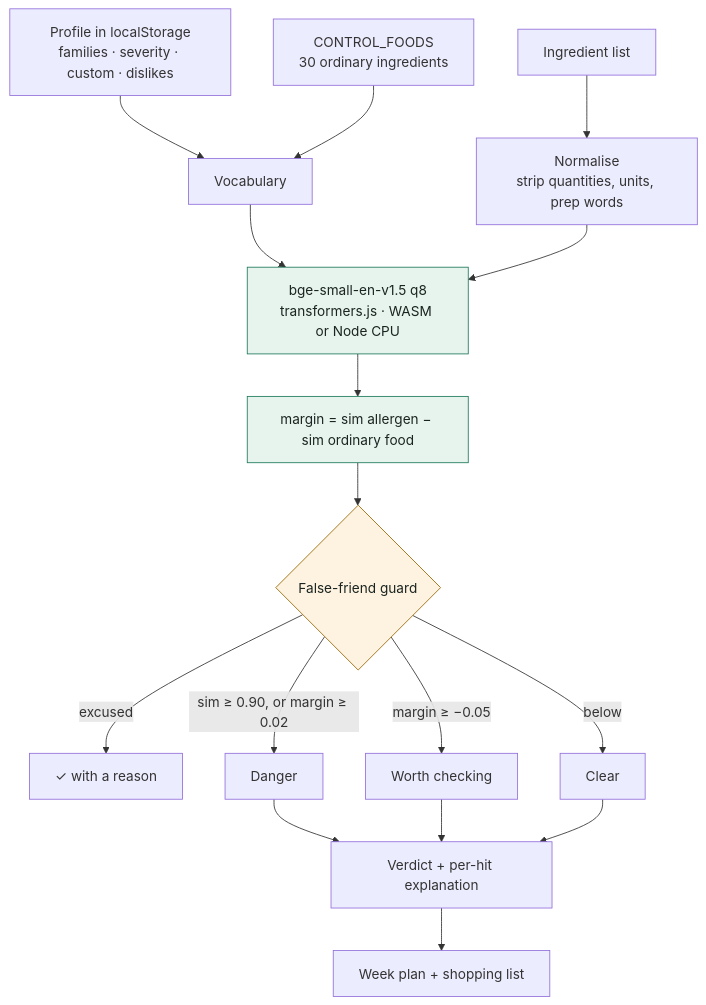
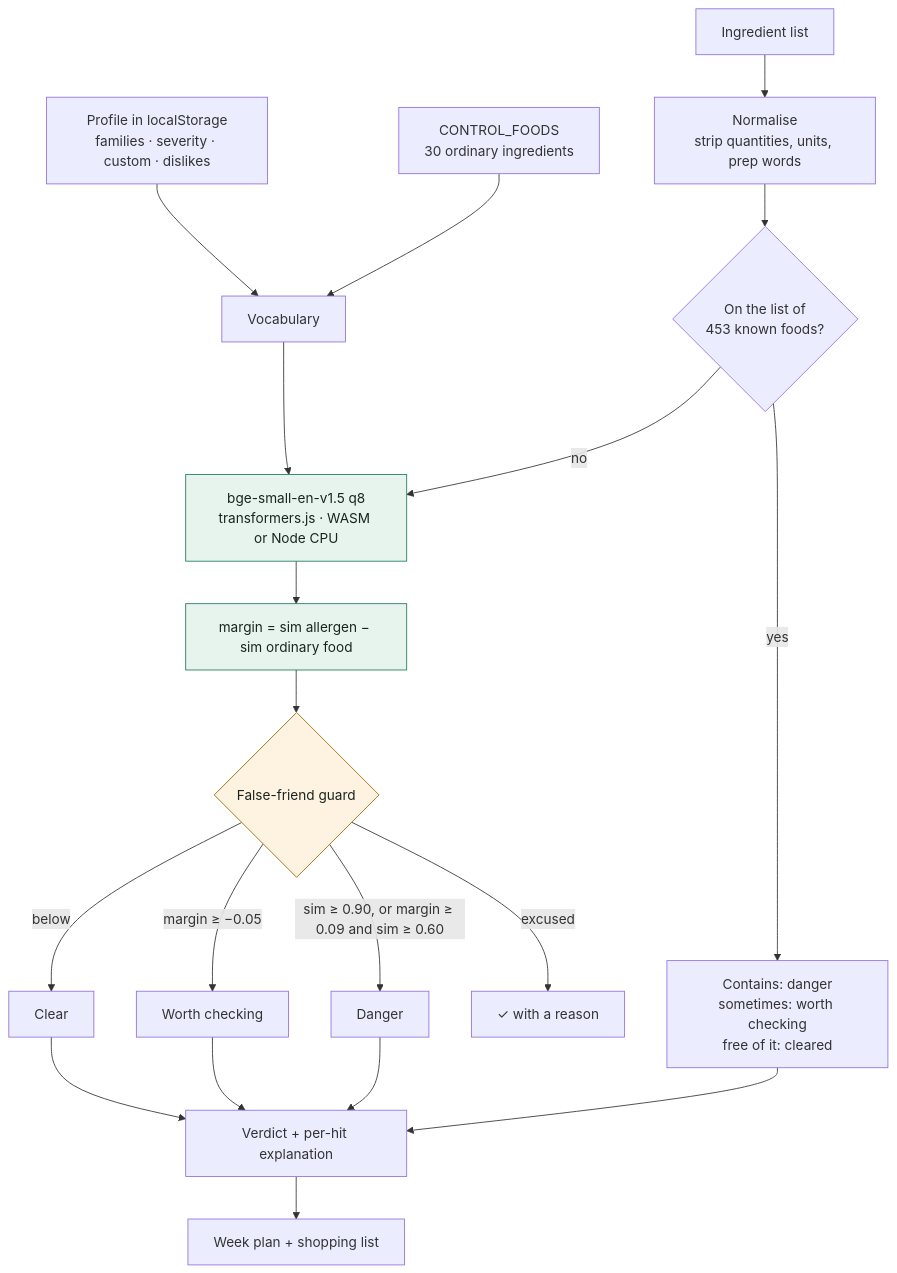
Before and after one commit to VanshajPoonia/safeplate: the diagram in README.md, drawn with Mermaid. The commit also changed other lines of this file and 1 other file, not shown here.

First line of the commit message:
Describe the food list and its numbers in the README and API docs

````diff
--- a/README.md
+++ b/README.md
@@ -115,20 +124,22 @@
 ```mermaid
 flowchart TB
   P[Profile in localStorage<br/>families · severity · custom · dislikes] --> W[Vocabulary]
   C[CONTROL_FOODS<br/>30 ordinary ingredients] --> W
   I[Ingredient list] --> N[Normalise<br/>strip quantities, units, prep words]
+  N --> L{On the list of<br/>453 known foods?}
+  L -->|yes| KF[Contains: danger<br/>sometimes: worth checking<br/>free of it: cleared]
+  L -->|no| E
   W --> E[bge-small-en-v1.5 q8<br/>transformers.js · WASM or Node CPU]
-  N --> E
   E --> M[margin = sim allergen − sim ordinary food]
   M --> G{False-friend guard}
   G -->|excused| X[✓ with a reason]
-  G -->|sim ≥ 0.90, or margin ≥ 0.02| D[Danger]
+  G -->|sim ≥ 0.90, or margin ≥ 0.09 and sim ≥ 0.60| D[Danger]
   G -->|margin ≥ −0.05| K[Worth checking]
   G -->|below| S[Clear]
-  D & K & S --> V[Verdict + per-hit explanation]
+  D & K & S & KF --> V[Verdict + per-hit explanation]
   V --> Z[Week plan + shopping list]
 
   style E fill:#e7f4ee,stroke:#1f7a5c,color:#1b2420
   style M fill:#e7f4ee,stroke:#1f7a5c,color:#1b2420
   style G fill:#fdf3e0,stroke:#9a6400,color:#1b2420
 ```
````
